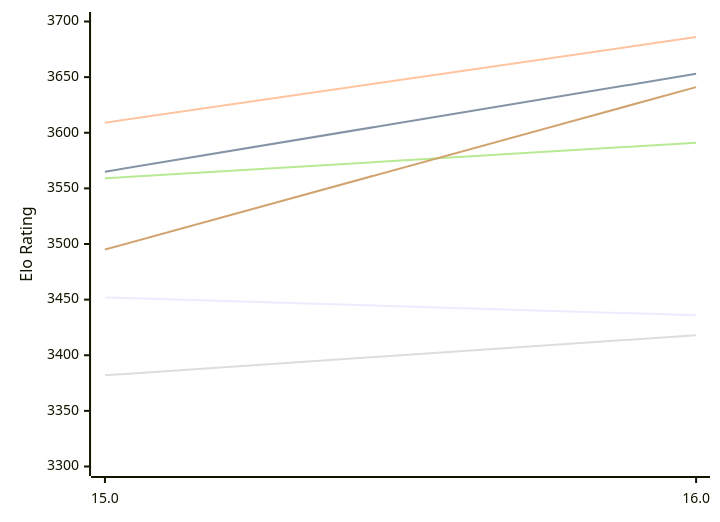
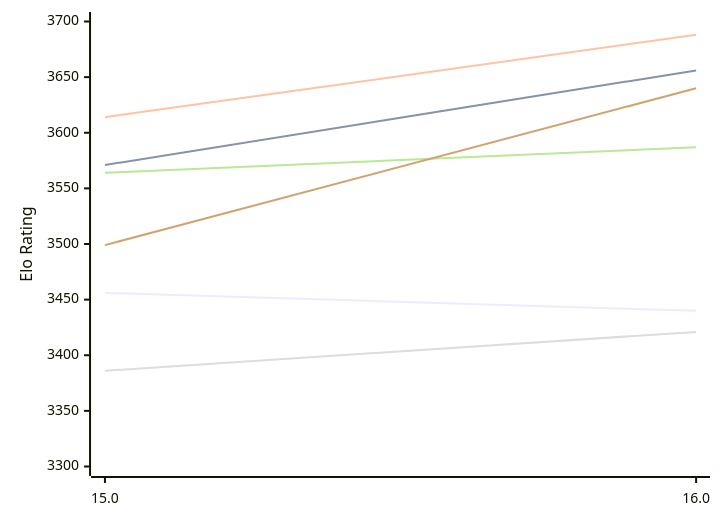
One commit to computer-chess-index/cci changed the first of 2 diagrams in engines/Obsidian.md. Above: the diagram before and after it, drawn with Mermaid. The commit also changed other lines of this file, not shown here.

Commit message:
Update CCI Ratings (ELO VLTC) - 2026-11-20

````diff
--- a/engines/Obsidian.md
+++ b/engines/Obsidian.md
@@ -52,12 +52,12 @@
 ```mermaid
 %%{init: {"theme":"base","themeVariables":{"seriesColors:['#a3a3a3','#222221','#faa371']}}}%%
 xychart-beta
   x-axis ["15.0", "16.0"]
   y-axis "Elo Rating" 3300 --> 3700
-  line "E1: STC (8.0+0.08s)" [3452, 3436]
-  line "E1: LTC (60.0+0.60s)" [3565, 3653]
-  line "E1: VLTC (2m24s+1.12s)" [3609, 3686]
-  line "P1: STC (8.0+0.08s)" [3382, 3418]
-  line "P1: LTC (60.0+0.60s)" [3559, 3591]
-  line "P1: VLTC (2m24s+1.12s)" [3495, 3641]
+  line "E1: STC (8.0+0.08s)" [3456, 3440]
+  line "E1: LTC (60.0+0.60s)" [3571, 3656]
+  line "E1: VLTC (2m24s+1.12s)" [3614, 3688]
+  line "P1: STC (8.0+0.08s)" [3386, 3421]
+  line "P1: LTC (60.0+0.60s)" [3564, 3587]
+  line "P1: VLTC (2m24s+1.12s)" [3499, 3640]
 ```
````
